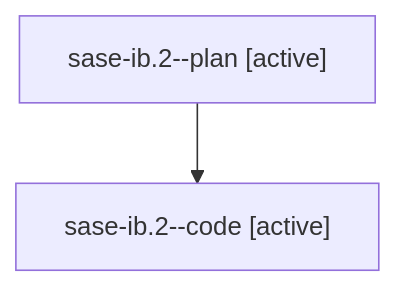
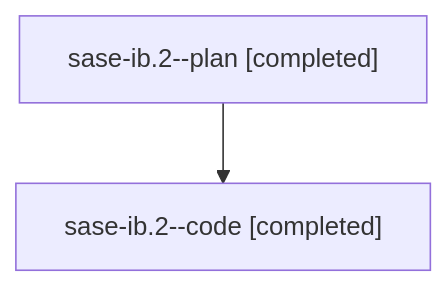
The diagram in families/bbugyi200.athena.sase-ib.2.md (sase-org/sase--agents), drawn with Mermaid before and after one commit. The commit also changed other lines of this file and 67 other files, not shown here.

````diff
--- a/families/bbugyi200.athena.sase-ib.2.md
+++ b/families/bbugyi200.athena.sase-ib.2.md
@@ -9,6 +9,6 @@
 ```mermaid
 flowchart TD
-  n0["sase-ib.2--plan [active]"]
-  n1["sase-ib.2--code [active]"]
+  n0["sase-ib.2--plan [completed]"]
+  n1["sase-ib.2--code [completed]"]
   n0 --> n1
 ```
````
